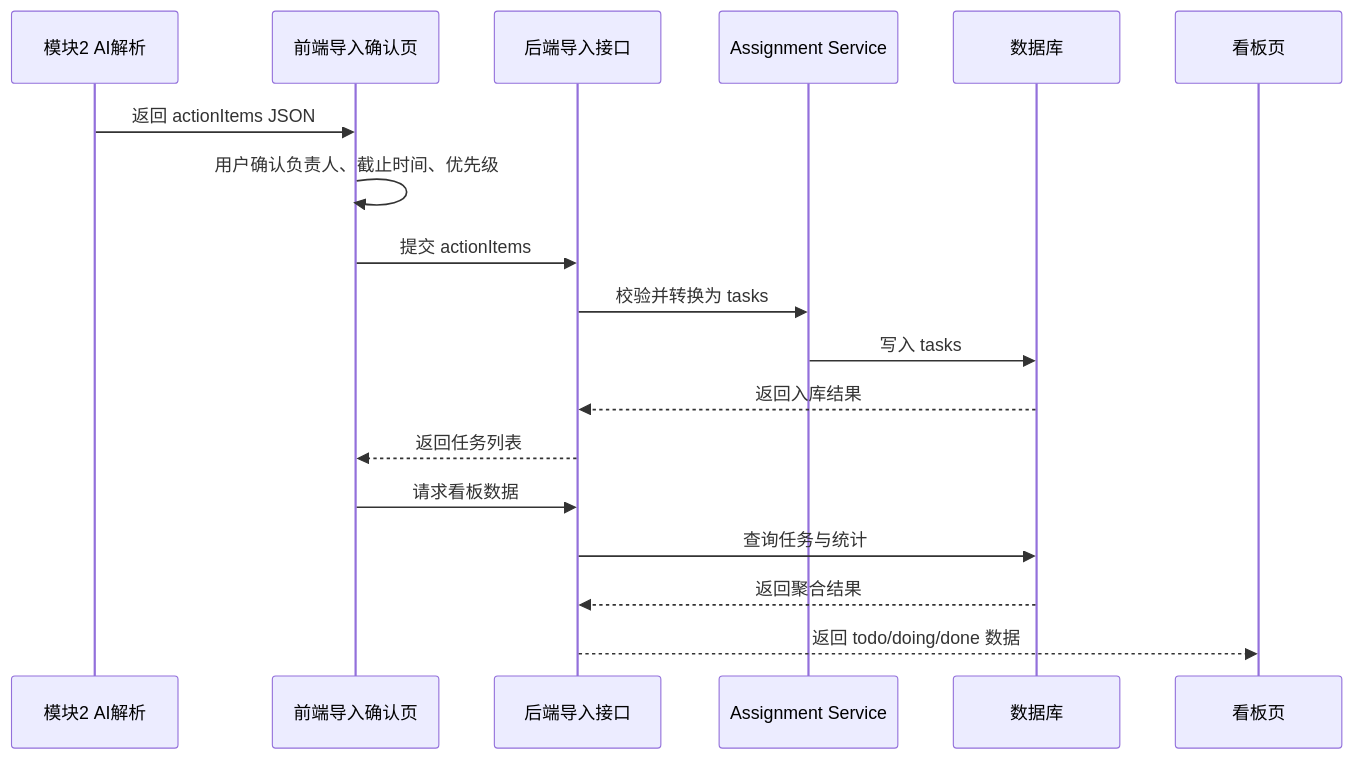
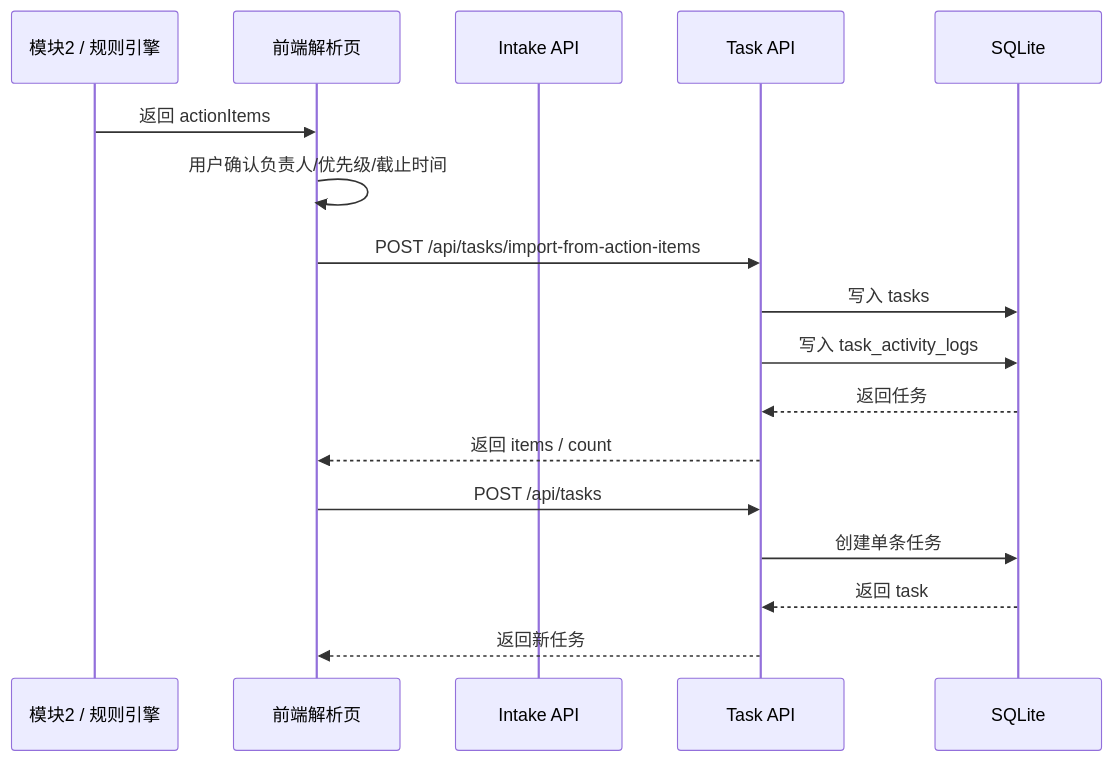
The third of 5 diagrams in docs/product/module-3-4-architecture.md (Mengyzh-2003/Meeting2Action), drawn with Mermaid before and after one commit. The commit also changed other lines of this file and 5 other files, not shown here.

````diff
--- a/docs/product/module-3-4-architecture.md
+++ b/docs/product/module-3-4-architecture.md
@@ -120,21 +125,21 @@
 ```mermaid
 sequenceDiagram
-    participant AI as 模块2 AI解析
-    participant Web as 前端导入确认页
-    participant API as 后端导入接口
-    participant Service as Assignment Service
-    participant DB as 数据库
-    participant Board as 看板页
+    participant AI as 模块2 / 规则引擎
+    participant Web as 前端解析页
+    participant Intake as Intake API
+    participant Task as Task API
+    participant DB as SQLite
 
-    AI->>Web: 返回 actionItems JSON
-    Web->>Web: 用户确认负责人、截止时间、优先级
-    Web->>API: 提交 actionItems
-    API->>Service: 校验并转换为 tasks
-    Service->>DB: 写入 tasks
-    DB-->>API: 返回入库结果
-    API-->>Web: 返回任务列表
-    Web->>API: 请求看板数据
-    API->>DB: 查询任务与统计
-    DB-->>API: 返回聚合结果
-    API-->>Board: 返回 todo/doing/done 数据
+    AI->>Web: 返回 actionItems
+    Web->>Web: 用户确认负责人/优先级/截止时间
+    Web->>Task: POST /api/tasks/import-from-action-items
+    Task->>DB: 写入 tasks
+    Task->>DB: 写入 task_activity_logs
+    DB-->>Task: 返回任务
+    Task-->>Web: 返回 items / count
+
+    Web->>Task: POST /api/tasks
+    Task->>DB: 创建单条任务
+    DB-->>Task: 返回 task
+    Task-->>Web: 返回新任务
 ```
````
